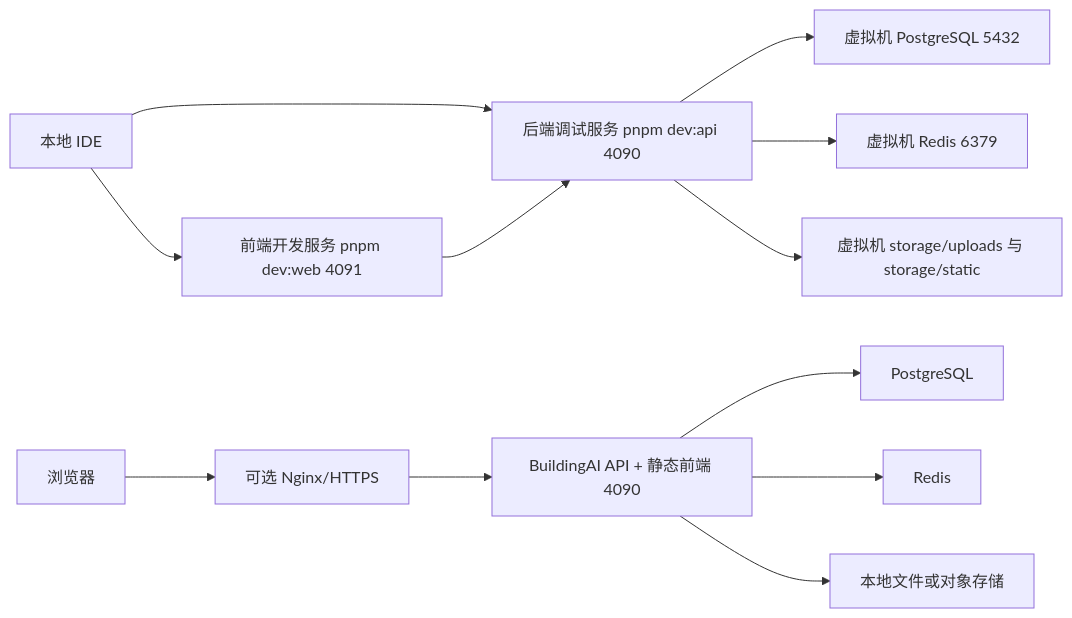
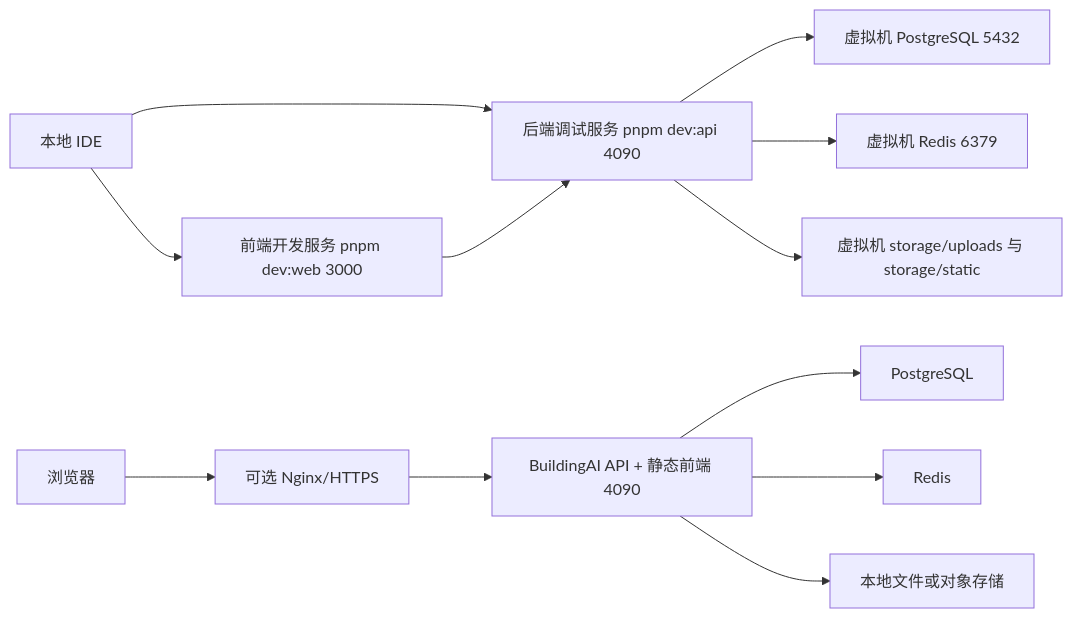
Before and after one commit to you-hei-mi/scene-ai: the diagram in docs/项目部署实施指南.md, drawn with Mermaid. The commit also changed other lines of this file and 5 other files, not shown here.

````diff
--- a/docs/项目部署实施指南.md
+++ b/docs/项目部署实施指南.md
@@ -33,15 +33,15 @@
 ```mermaid
 flowchart LR
-    DevIDE["本地 IDE"] --> WebDev["前端开发服务 pnpm dev:web 4091"]
+    DevIDE["本地 IDE"] --> WebDev["前端开发服务 pnpm dev:web 3000"]
     DevIDE --> ApiDev["后端调试服务 pnpm dev:api 4090"]
     WebDev --> ApiDev
     ApiDev --> VmPg["虚拟机 PostgreSQL 5432"]
     ApiDev --> VmRedis["虚拟机 Redis 6379"]
     ApiDev --> VmStorage["虚拟机 storage/uploads 与 storage/static"]
 
     Browser["浏览器"] --> Nginx["可选 Nginx/HTTPS"]
     Nginx --> App["BuildingAI API + 静态前端 4090"]
     App --> Pg["PostgreSQL"]
     App --> Redis["Redis"]
     App --> Storage["本地文件或对象存储"]
 ```
````
